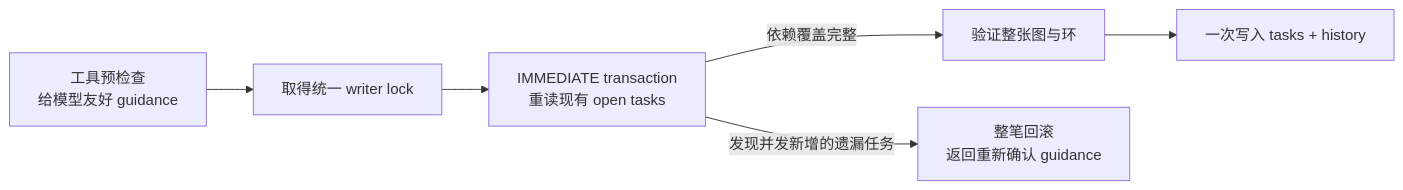
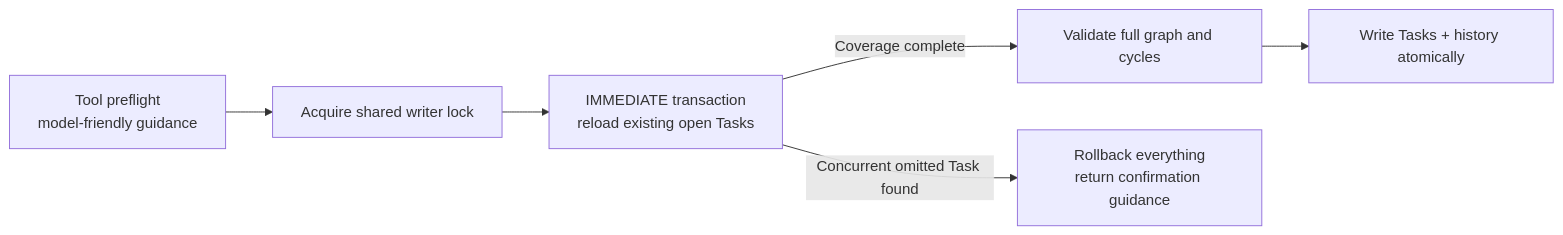
The first of 2 diagrams in docs/architecture-audit-2026-07-13/AgentOrgModernFamilyRecovery.md (YORG-AI/ORGII), drawn with Mermaid before and after one commit. The commit also changed other lines of this file and 94 other files, not shown here.

````diff
--- a/docs/architecture-audit-2026-07-13/AgentOrgModernFamilyRecovery.md
+++ b/docs/architecture-audit-2026-07-13/AgentOrgModernFamilyRecovery.md
@@ -45,8 +43,8 @@
 ```mermaid
 flowchart LR
-    A["工具预检查\n给模型友好 guidance"] --> B["取得统一 writer lock"]
-    B --> C["IMMEDIATE transaction\n重读现有 open tasks"]
-    C -->|"依赖覆盖完整"| D["验证整张图与环"]
-    D --> E["一次写入 tasks + history"]
-    C -->|"发现并发新增的遗漏任务"| F["整笔回滚\n返回重新确认 guidance"]
+    A["Tool preflight\nmodel-friendly guidance"] --> B["Acquire shared writer lock"]
+    B --> C["IMMEDIATE transaction\nreload existing open Tasks"]
+    C -->|"Coverage complete"| D["Validate full graph and cycles"]
+    D --> E["Write Tasks + history atomically"]
+    C -->|"Concurrent omitted Task found"| F["Rollback everything\nreturn confirmation guidance"]
 ```
````
